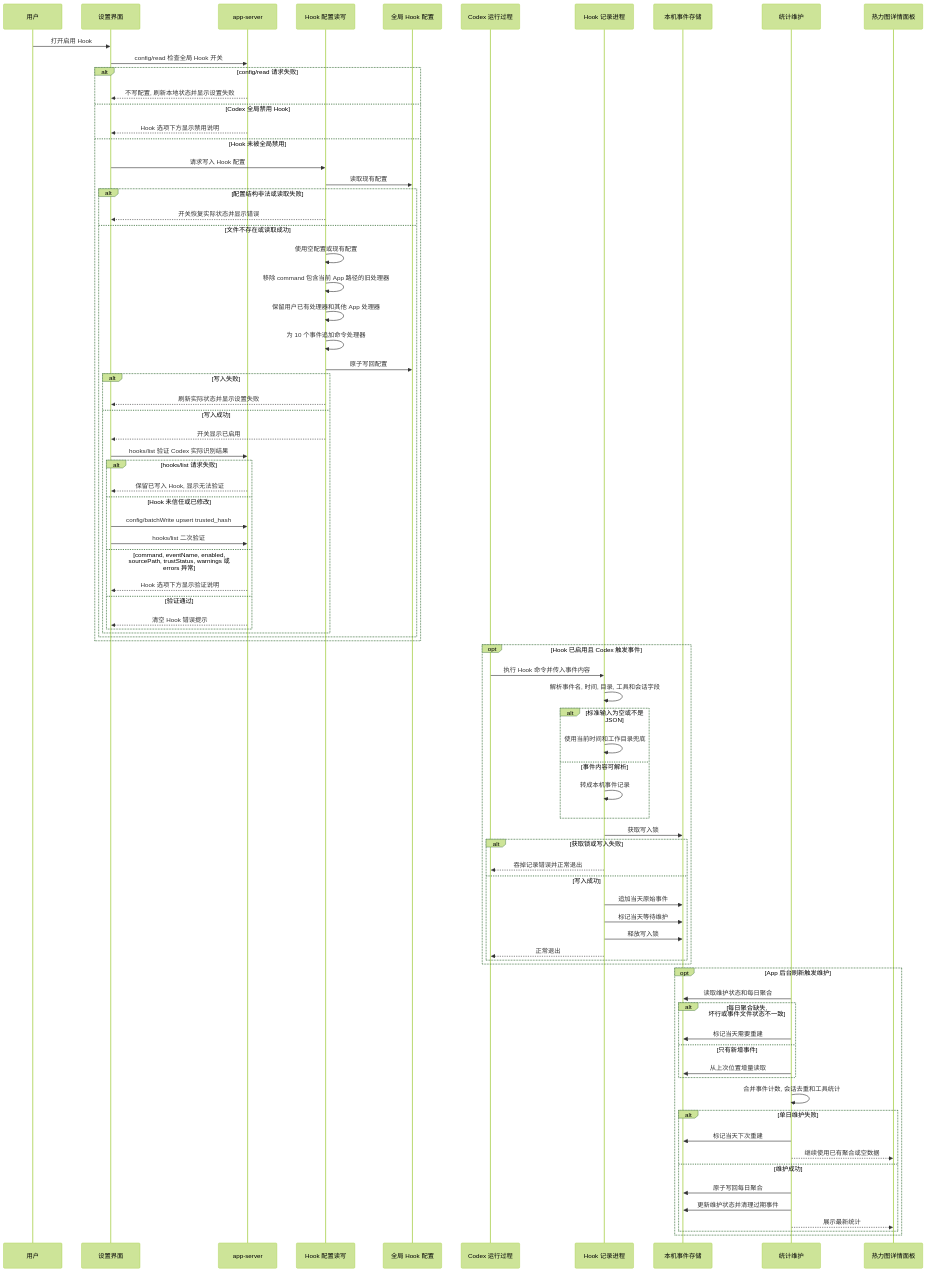
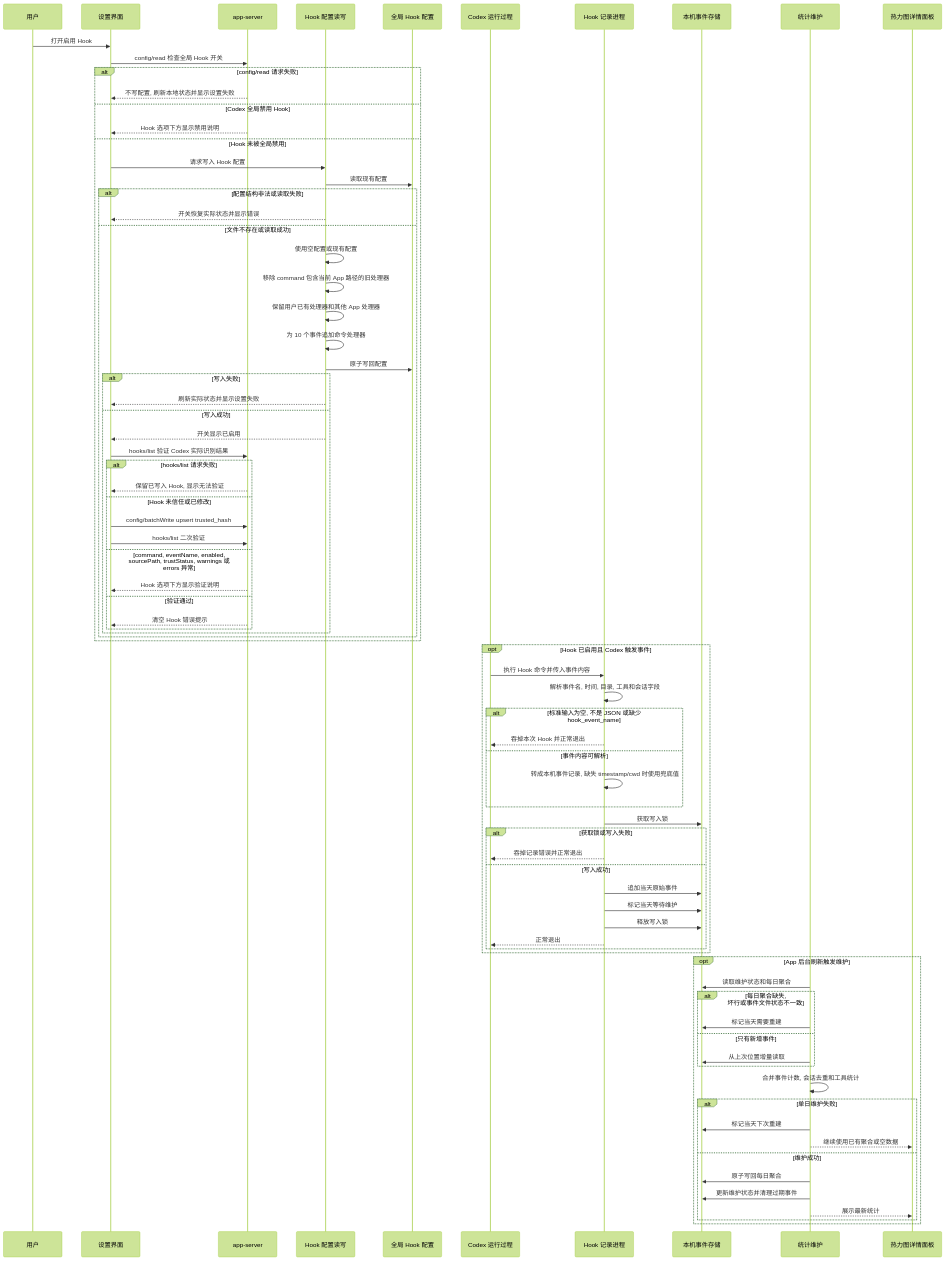
The fourth of 6 diagrams in Docs/DevelopmentGuide.md (bob-zebedy/CodexBar), drawn with Mermaid (forest theme) before and after one commit. The commit also changed other lines of this file and 22 other files, not shown here.

```diff
--- a/Docs/DevelopmentGuide.md
+++ b/Docs/DevelopmentGuide.md
@@ -623,10 +629,10 @@
     opt Hook 已启用且 Codex 触发事件
         Codex->>HookApp: 执行 Hook 命令并传入事件内容
         HookApp->>HookApp: 解析事件名, 时间, 目录, 工具和会话字段
-        alt 标准输入为空或不是 JSON
-            HookApp->>HookApp: 使用当前时间和工作目录兜底
+        alt 标准输入为空, 不是 JSON 或缺少 hook_event_name
+            HookApp-->>Codex: 吞掉本次 Hook 并正常退出
         else 事件内容可解析
-            HookApp->>HookApp: 转成本机事件记录
+            HookApp->>HookApp: 转成本机事件记录, 缺失 timestamp/cwd 时使用兜底值
         end
 
         HookApp->>Store: 获取写入锁
```
